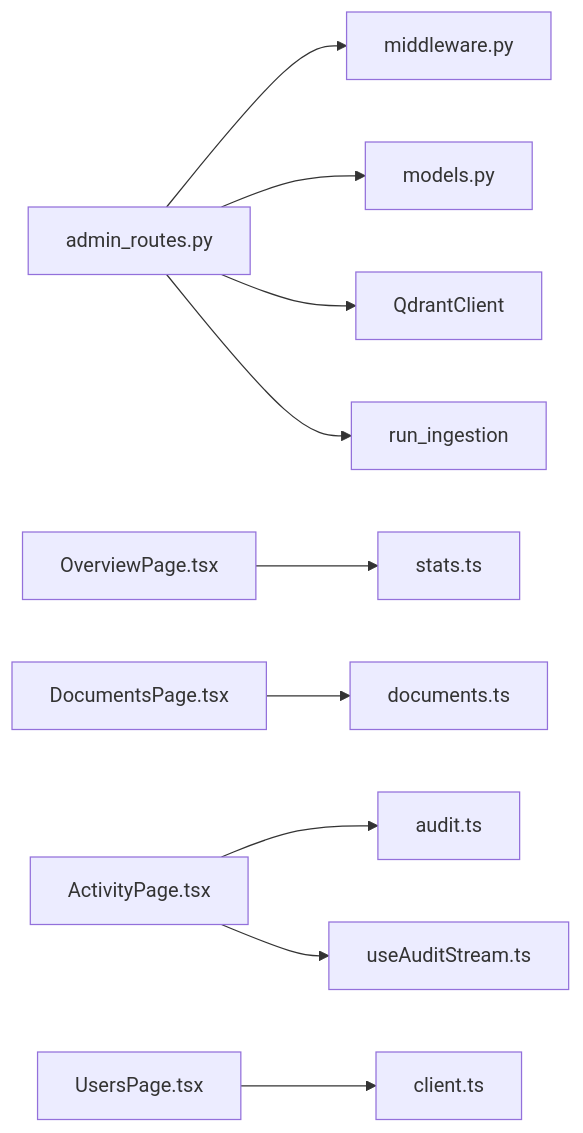
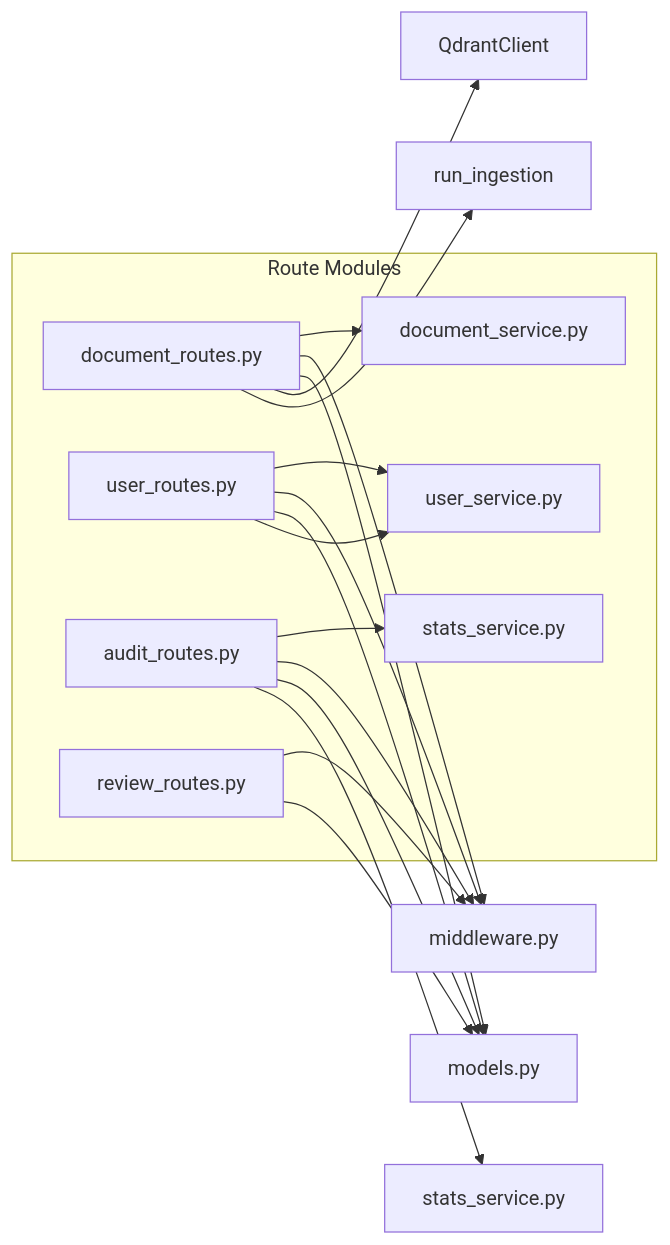
Before and after one commit to genes8/private-ai: the sixth of 7 diagrams in .qoder/repowiki/en/content/Backend Development/API Endpoints/Admin Endpoints.md, drawn with Mermaid. The commit also changed other lines of this file and 55 other files, not shown here.

````diff
--- a/.qoder/repowiki/en/content/Backend Development/API Endpoints/Admin Endpoints.md
+++ b/.qoder/repowiki/en/content/Backend Development/API Endpoints/Admin Endpoints.md
@@ -374,12 +426,21 @@
 ```mermaid
 graph LR
-AR["admin_routes.py"] --> MW["middleware.py"]
-AR --> DB["models.py"]
-AR --> QD["QdrantClient"]
-AR --> IS["run_ingestion"]
-OP["OverviewPage.tsx"] --> ST["stats.ts"]
-DP["DocumentsPage.tsx"] --> DOCS["documents.ts"]
-AP["ActivityPage.tsx"] --> AUD["audit.ts"]
-AP --> UAS["useAuditStream.ts"]
-UP["UsersPage.tsx"] --> CL["client.ts"]
+subgraph "Route Modules"
+DR["document_routes.py"] --> DS["document_service.py"]
+UR["user_routes.py"] --> US["user_service.py"]
+AR["audit_routes.py"] --> SS["stats_service.py"]
+RR["review_routes.py"]
+end
+DR --> MW["middleware.py"]
+UR --> MW
+AR --> MW
+RR --> MW
+DR --> DB["models.py"]
+UR --> DB
+AR --> DB
+RR --> DB
+DR --> QD["QdrantClient"]
+DR --> IS["run_ingestion"]
+AR --> ST["stats_service.py"]
+UR --> US
 ```
````
